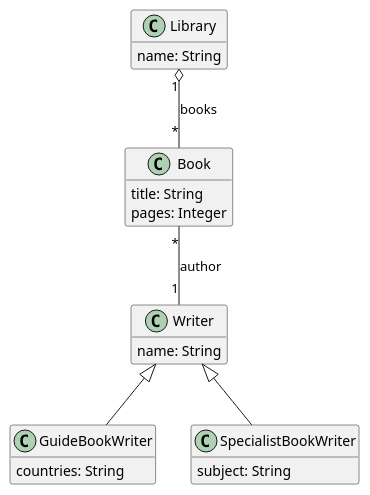
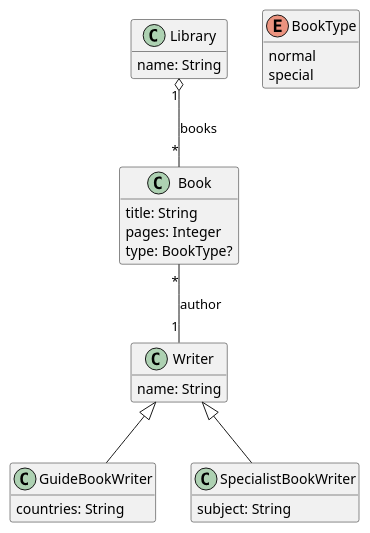
The diagram in diagrams/library-gen.puml (LionWeb-io/lionweb-typescript), drawn with PlantUML before and after one commit. The commit also changed 4 other files, not shown here.

```diff
--- a/diagrams/library-gen.puml
+++ b/diagrams/library-gen.puml
@@ -1,38 +1,45 @@
 @startuml
 hide empty members
 
 ' qualified name: "library"
 
 
 class Book {
   title: String
   pages: Integer
+  type: BookType?
+}
+
+enum BookType {
+  normal
+  special
 }
 
 class GuideBookWriter extends Writer {
   countries: String
 }
 
 class Library {
   name: String
 }
 
 class SpecialistBookWriter extends Writer {
   subject: String
 }
 
 class Writer {
   name: String
 }
 
 
 
 ' relations:
 
 Book "*" -- "1" Writer: author
 
+
 Library "1" o-- "*" Book: books
 
 
 
 @enduml
```
